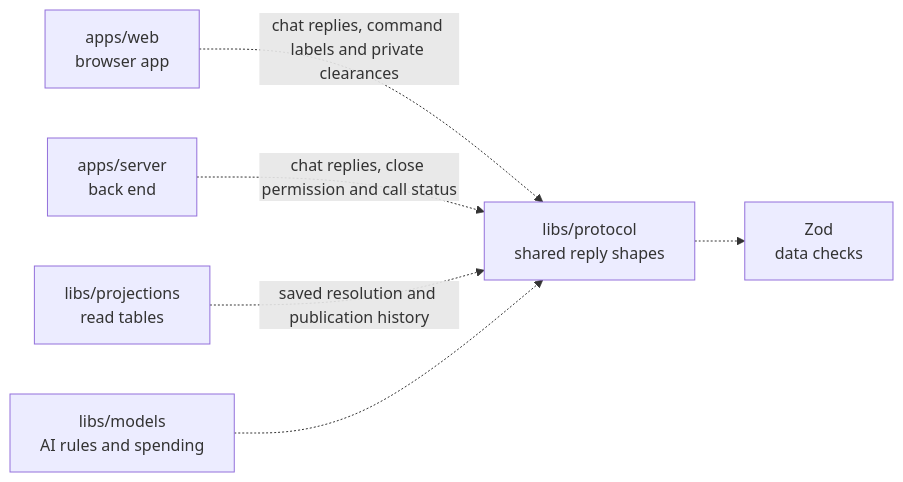
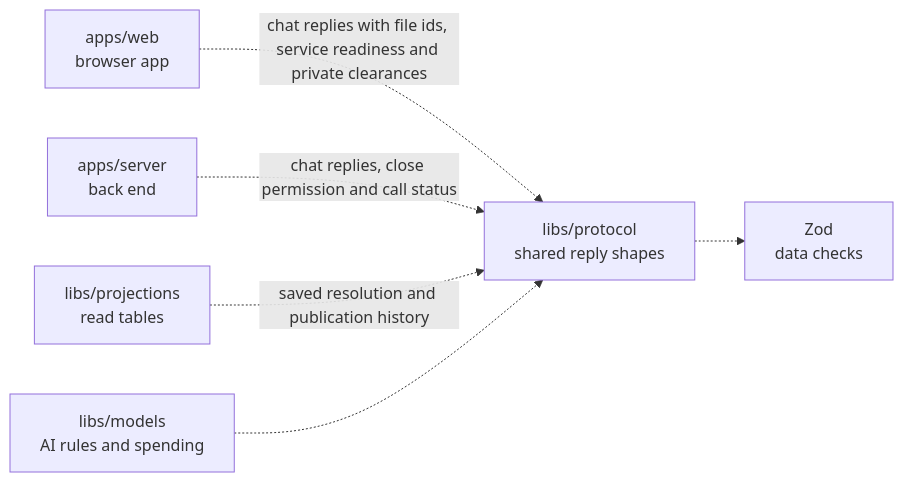
One commit to elewa-git/opencrane-new changed the diagram in libs/protocol/README.md. Above: the diagram before and after it, drawn with Mermaid. The commit also changed other lines of this file and 36 other files, not shown here.

````diff
--- a/libs/protocol/README.md
+++ b/libs/protocol/README.md
@@ -43,8 +45,8 @@
 ```mermaid
 flowchart LR
-  web["apps/web<br/>browser app"] -.->|chat replies, command labels and private clearances| protocol["libs/protocol<br/>shared reply shapes"]
+  web["apps/web<br/>browser app"] -.->|chat replies with file ids, service readiness and private clearances| protocol["libs/protocol<br/>shared reply shapes"]
   server["apps/server<br/>back end"] -.->|chat replies, close permission and call status| protocol
   projections["libs/projections<br/>read tables"] -.->|saved resolution and publication history| protocol
   models["libs/models<br/>AI rules and spending"] -.-> protocol
   protocol -.-> zod["Zod<br/>data checks"]
 ```
````
